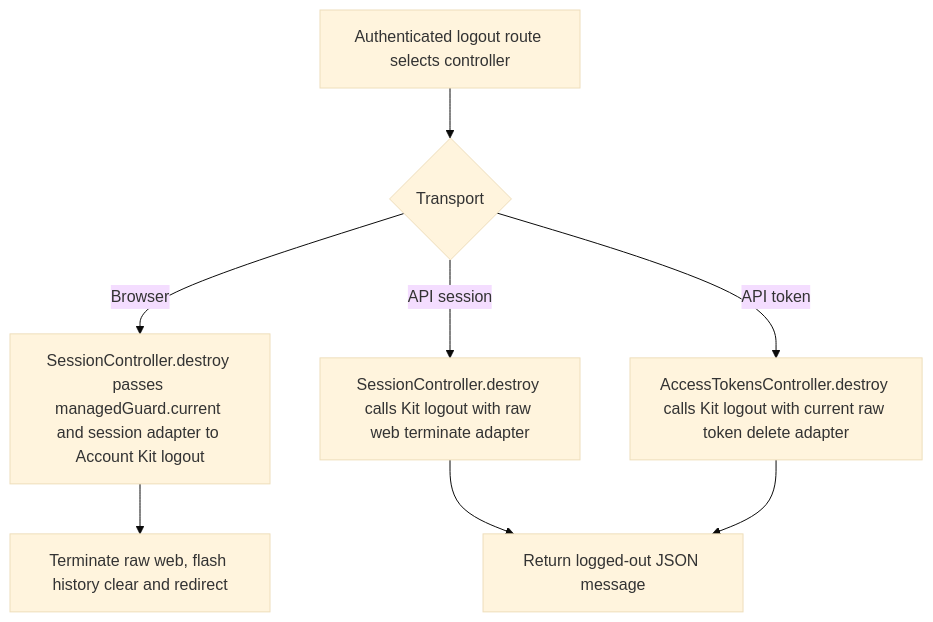
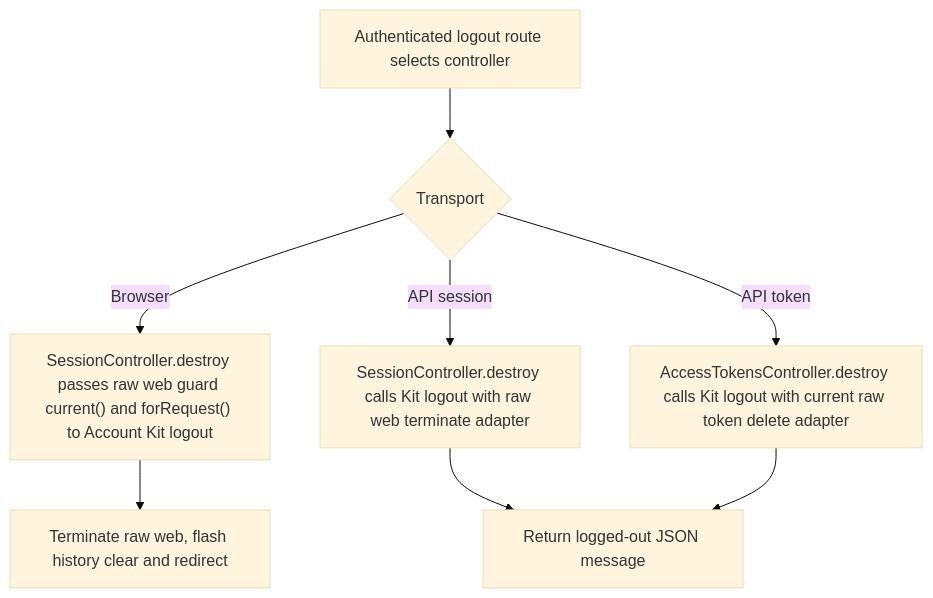
Before and after one commit to Kevinjohn/oss-adonisjs-starter-examples: the second of 2 diagrams in user-stories/api/us-api-01-sign-out.md, drawn with Mermaid (base theme). The commit also changed 67 other files, not shown here.

Commit message:
Adopt native browser sessions and pin Masquerade schema replay

````diff
--- a/user-stories/api/us-api-01-sign-out.md
+++ b/user-stories/api/us-api-01-sign-out.md
@@ -33,10 +33,10 @@
 ```mermaid
 flowchart TD
     A["Authenticated logout route selects controller"] --> C{"Transport"}
-    C -->|Browser| R["SessionController.destroy passes managedGuard.current and session adapter to Account Kit logout"]
+    C -->|Browser| R["SessionController.destroy passes raw web guard current() and forRequest() to Account Kit logout"]
     R --> F["Terminate raw web, flash history clear and redirect"]
     C -->|API session| D["SessionController.destroy calls Kit logout with raw web terminate adapter"]
     C -->|API token| E["AccessTokensController.destroy calls Kit logout with current raw token delete adapter"]
     D --> G["Return logged-out JSON message"]
     E --> G
 ```
````
